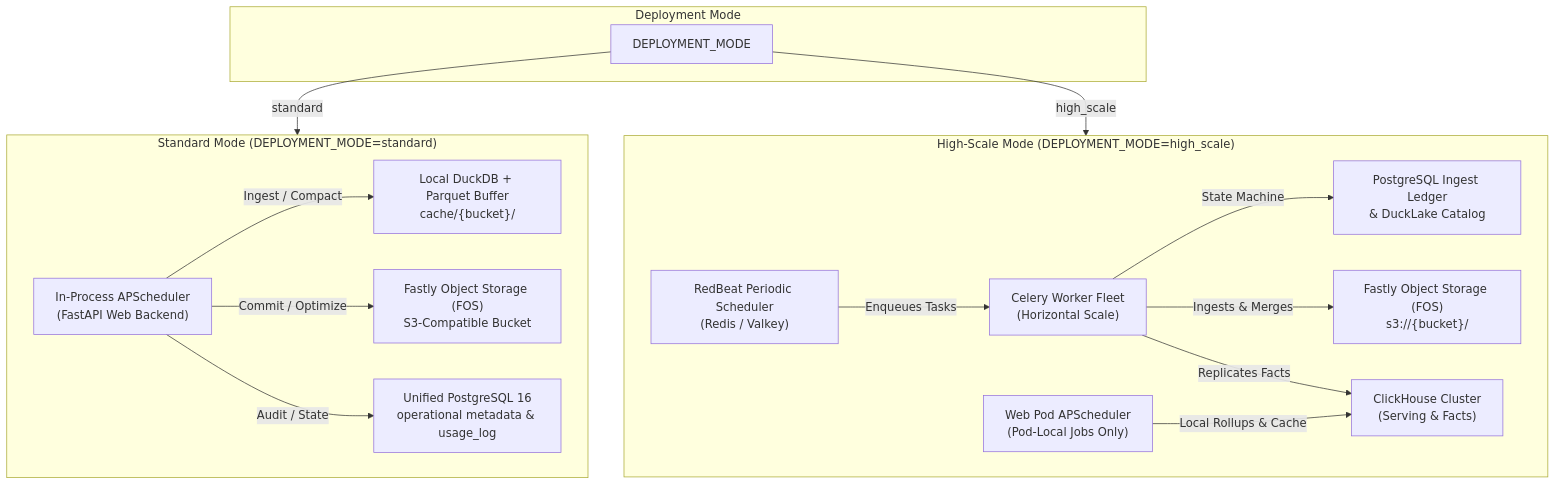
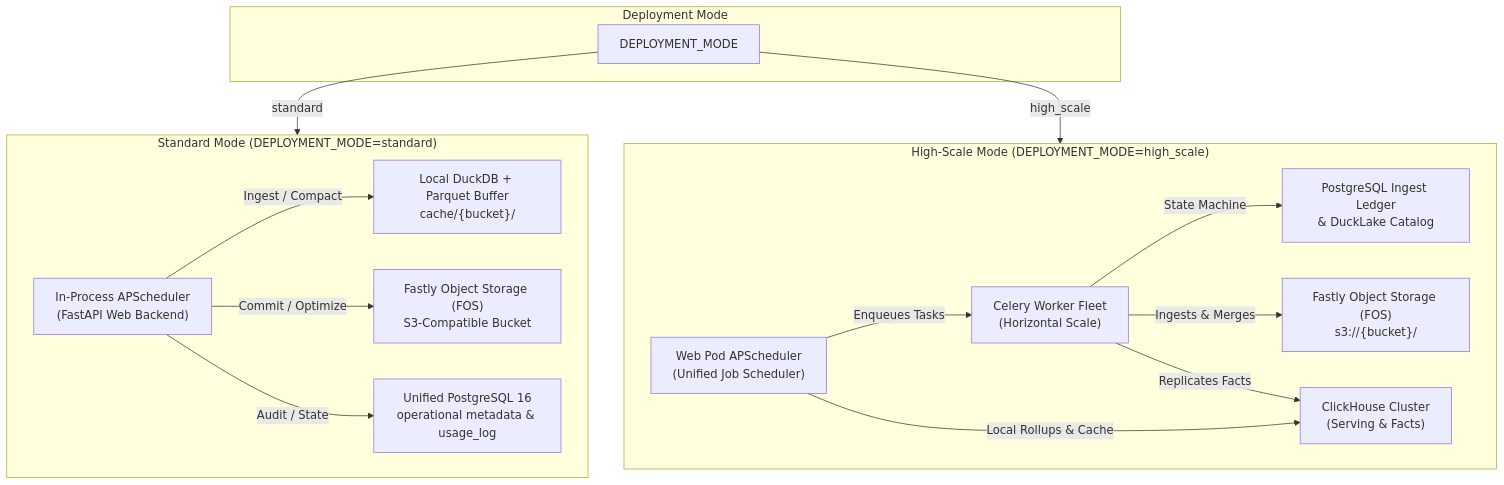
The diagram in docs/cron/README.md (fastly/fastly-log-analytics), drawn with Mermaid before and after one commit. The commit also changed other lines of this file and 52 other files, not shown here.

Commit message:
chore: remove RedBeat and SCHEDULER_MODE completely across stack

````diff
--- a/docs/cron/README.md
+++ b/docs/cron/README.md
@@ -46,35 +46,34 @@
 ```mermaid
 flowchart TD
     subgraph ModeSelection["Deployment Mode"]
         Mode["DEPLOYMENT_MODE"]
     end
 
     subgraph StandardMode["Standard Mode (DEPLOYMENT_MODE=standard)"]
         APStd["In-Process APScheduler<br/>(FastAPI Web Backend)"]
         DuckDBStd["Local DuckDB + Parquet Buffer<br/>cache/{bucket}/"]
         FOSStd["Fastly Object Storage (FOS)<br/>S3-Compatible Bucket"]
         PostgresStd["Unified PostgreSQL 16<br/>operational metadata & usage_log"]
 
         APStd -->|Ingest / Compact| DuckDBStd
         APStd -->|Commit / Optimize| FOSStd
         APStd -->|Audit / State| PostgresStd
     end
 
     subgraph HighScaleMode["High-Scale Mode (DEPLOYMENT_MODE=high_scale)"]
-        RedBeat["RedBeat Periodic Scheduler<br/>(Redis / Valkey)"]
         CeleryFleet["Celery Worker Fleet<br/>(Horizontal Scale)"]
-        WebAPScheduler["Web Pod APScheduler<br/>(Pod-Local Jobs Only)"]
+        WebAPScheduler["Web Pod APScheduler<br/>(Unified Job Scheduler)"]
         PGLedger["PostgreSQL Ingest Ledger<br/>& DuckLake Catalog"]
         CHCluster["ClickHouse Cluster<br/>(Serving & Facts)"]
         FOSCloud["Fastly Object Storage (FOS)<br/>s3://{bucket}/"]
 
-        RedBeat -->|Enqueues Tasks| CeleryFleet
+        WebAPScheduler -->|Enqueues Tasks| CeleryFleet
         CeleryFleet -->|State Machine| PGLedger
         CeleryFleet -->|Ingests & Merges| FOSCloud
         CeleryFleet -->|Replicates Facts| CHCluster
         WebAPScheduler -->|Local Rollups & Cache| CHCluster
     end
 
     Mode -->|standard| StandardMode
     Mode -->|high_scale| HighScaleMode
 ```
````
